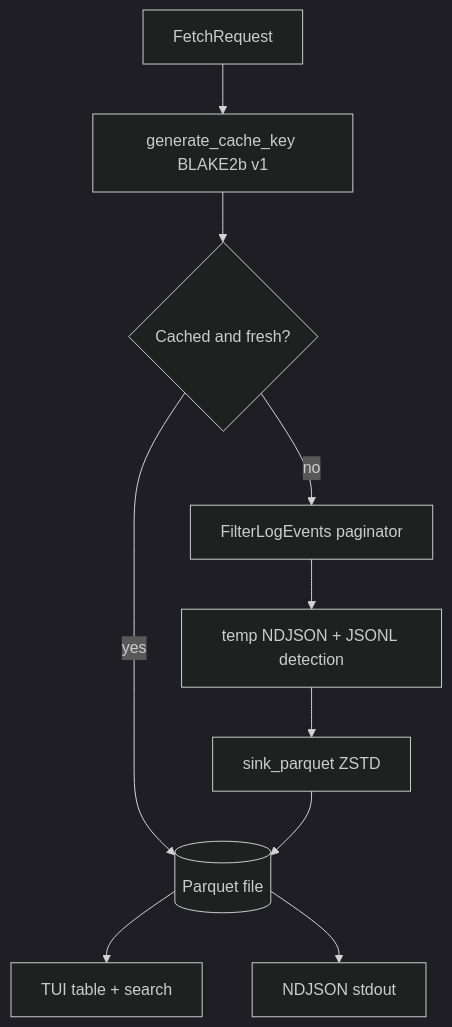
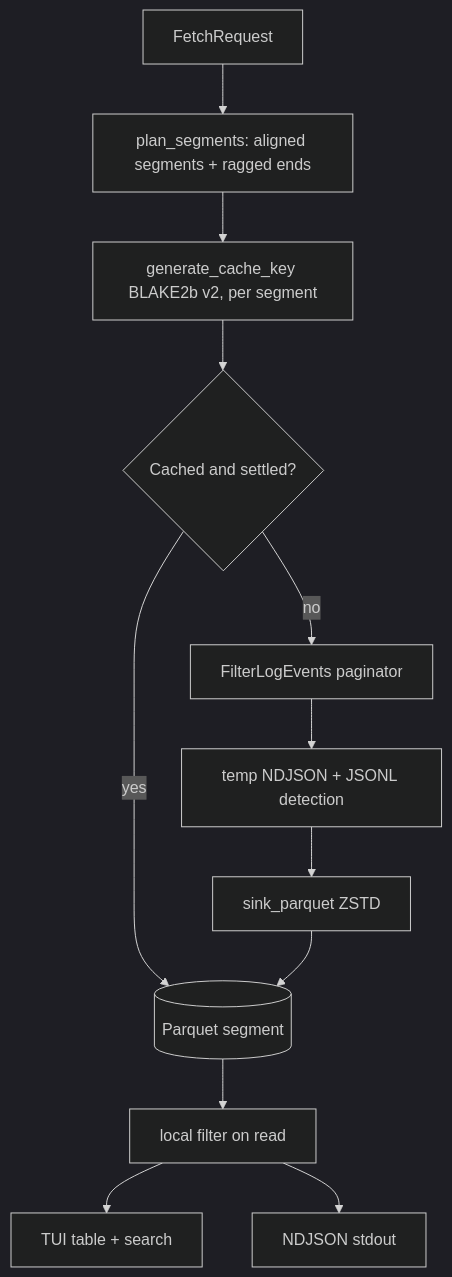
The diagram in docs/docs/adr/0003-parquet-cache-and-local-query-engine.md (KyleKing/tail-cw), drawn with Mermaid (dark theme) before and after one commit. The commit also changed other lines of this file and 36 other files, not shown here.

First line of the commit message:
perf(cache): segment windows and drop the bytes stored twice

````diff
--- a/docs/docs/adr/0003-parquet-cache-and-local-query-engine.md
+++ b/docs/docs/adr/0003-parquet-cache-and-local-query-engine.md
@@ -34,11 +34,13 @@
 ```mermaid
 flowchart TD
-    req[FetchRequest] --> key[generate_cache_key BLAKE2b v1]
-    key --> hit{Cached and fresh?}
-    hit -- yes --> pq[(Parquet file)]
+    req[FetchRequest] --> plan[plan_segments: aligned segments + ragged ends]
+    plan --> key[generate_cache_key BLAKE2b v2, per segment]
+    key --> hit{Cached and settled?}
+    hit -- yes --> pq[(Parquet segment)]
     hit -- no --> fetch[FilterLogEvents paginator]
     fetch --> ndjson[temp NDJSON + JSONL detection]
     ndjson --> sink[sink_parquet ZSTD] --> pq
-    pq --> tui[TUI table + search]
-    pq --> json[NDJSON stdout]
+    pq --> filter[local filter on read]
+    filter --> tui[TUI table + search]
+    filter --> json[NDJSON stdout]
 ```
````
